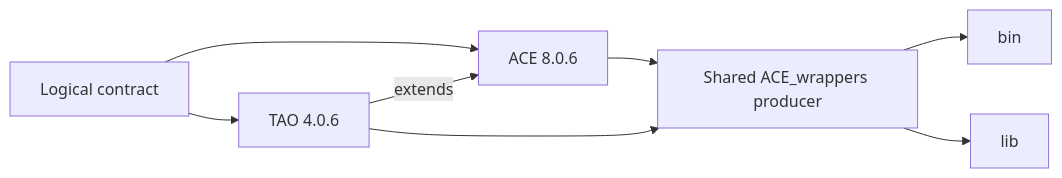
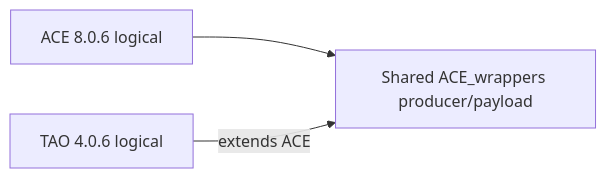
The first of 4 diagrams in admin/server-docs/library-extensions.md (adeccscholar/BuildEngine-Admin), drawn with Mermaid before and after one commit. The commit also changed other lines of this file, not shown here.

Commit message:
Align extension documentation with current ownership contract

````diff
--- a/admin/server-docs/library-extensions.md
+++ b/admin/server-docs/library-extensions.md
@@ -21,10 +15,5 @@
 ```mermaid
 flowchart LR
-    C[Logical contract] --> A[ACE 8.0.6]
-    C --> T[TAO 4.0.6]
-    T -->|extends| A
-    A --> P[Shared ACE_wrappers producer]
-    T --> P
-    P --> B[bin]
-    P --> L[lib]
+    A[ACE 8.0.6 logical] --> P[Shared ACE_wrappers producer/payload]
+    T[TAO 4.0.6 logical] -->|extends ACE| P
 ```
````
